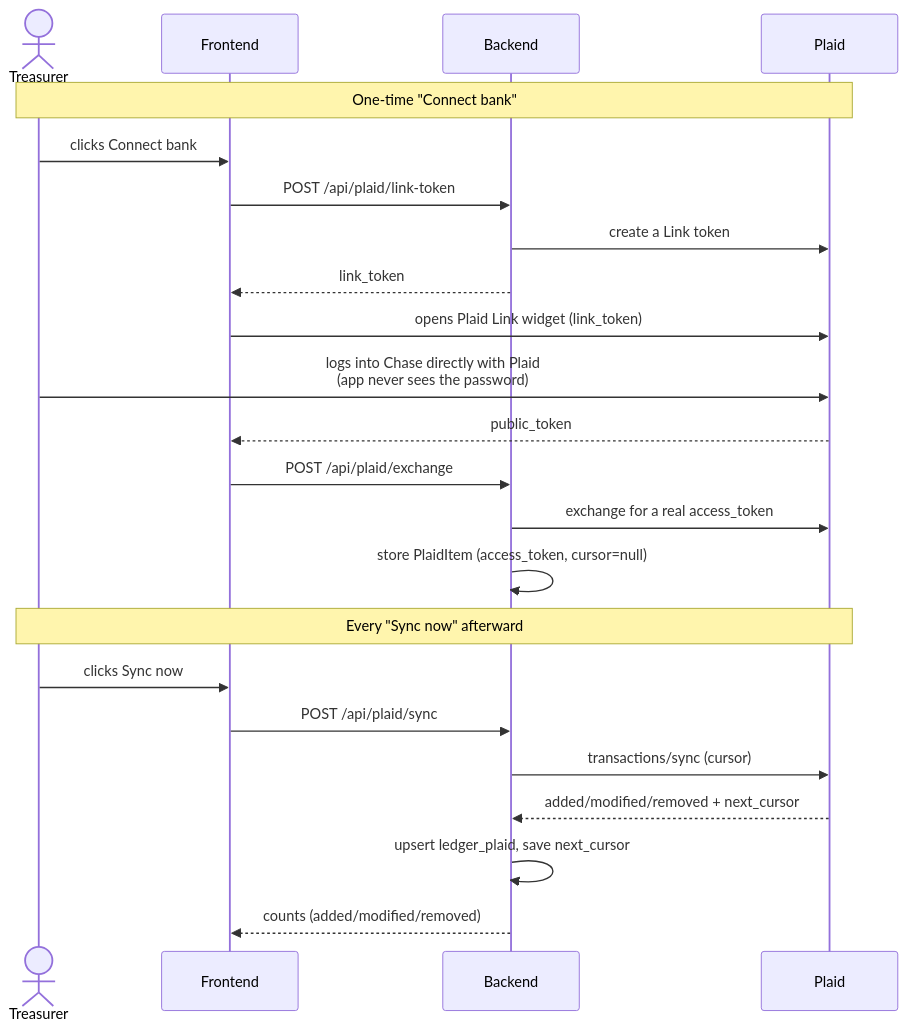
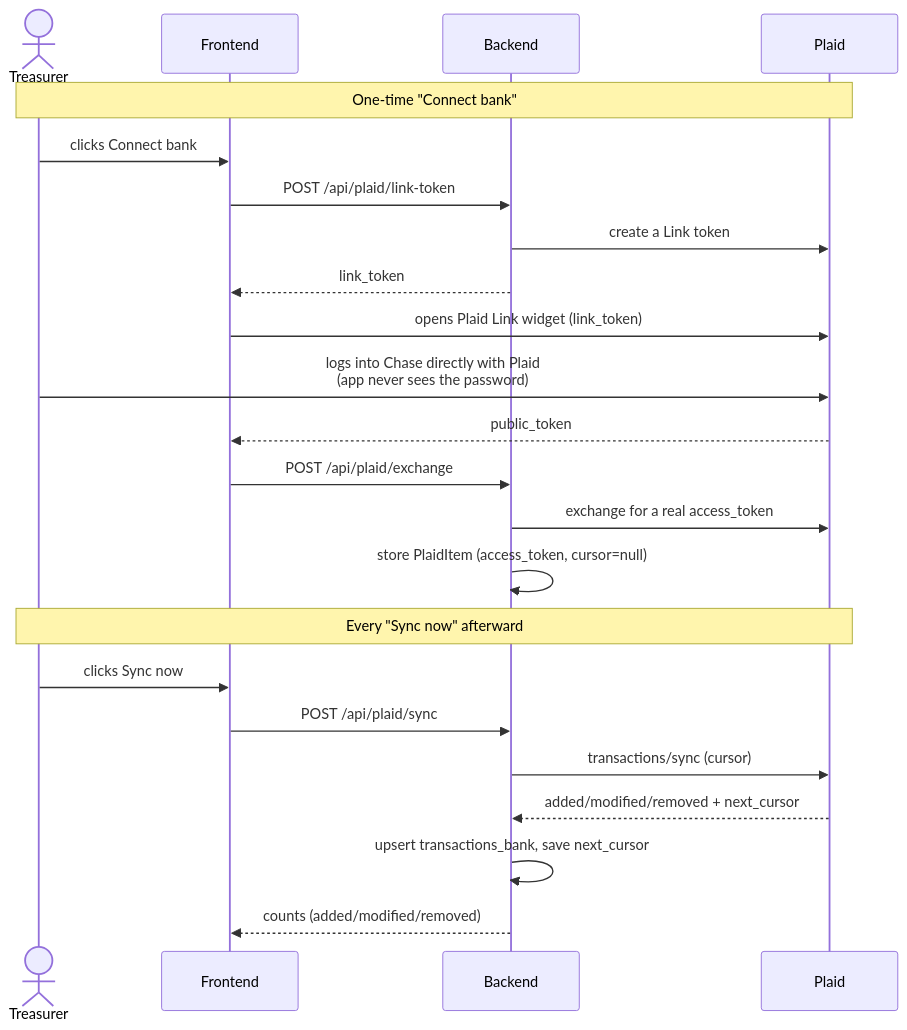
Before and after one commit to treasurer-cwmtc/cross-way-ledger: the eighth of 9 diagrams in docs/ARCHITECTURE.md, drawn with Mermaid. The commit also changed other lines of this file and 16 other files, not shown here.

First line of the commit message:
Reorganize sidebar nav + rename Stripe/Plaid staging tables to transactions_* (#130)

````diff
--- a/docs/ARCHITECTURE.md
+++ b/docs/ARCHITECTURE.md
@@ -423,28 +423,28 @@
 ```mermaid
 %%{init: {"themeVariables": {"fontSize": "18px"}}}%%
 sequenceDiagram
     actor U as Treasurer
     participant FE as Frontend
     participant BE as Backend
     participant P as Plaid
 
     note over U,P: One-time "Connect bank"
     U->>FE: clicks Connect bank
     FE->>BE: POST /api/plaid/link-token
     BE->>P: create a Link token
     BE-->>FE: link_token
     FE->>P: opens Plaid Link widget (link_token)
     U->>P: logs into Chase directly with Plaid<br/>(app never sees the password)
     P-->>FE: public_token
     FE->>BE: POST /api/plaid/exchange
     BE->>P: exchange for a real access_token
     BE->>BE: store PlaidItem (access_token, cursor=null)
 
     note over U,P: Every "Sync now" afterward
     U->>FE: clicks Sync now
     FE->>BE: POST /api/plaid/sync
     BE->>P: transactions/sync (cursor)
     P-->>BE: added/modified/removed + next_cursor
-    BE->>BE: upsert ledger_plaid, save next_cursor
+    BE->>BE: upsert transactions_bank, save next_cursor
     BE-->>FE: counts (added/modified/removed)
 ```
````
